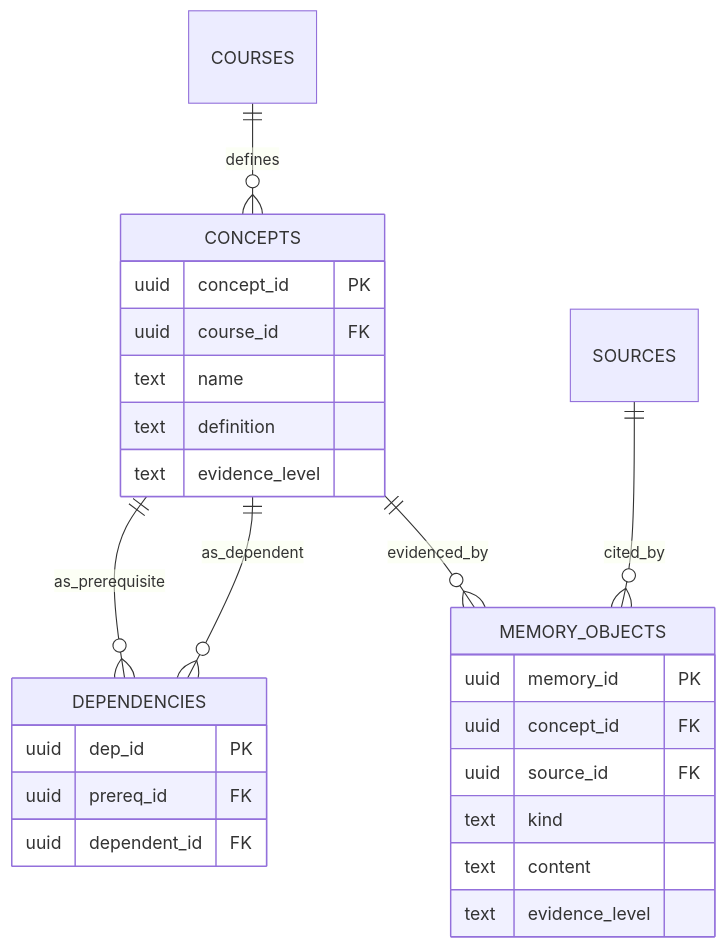
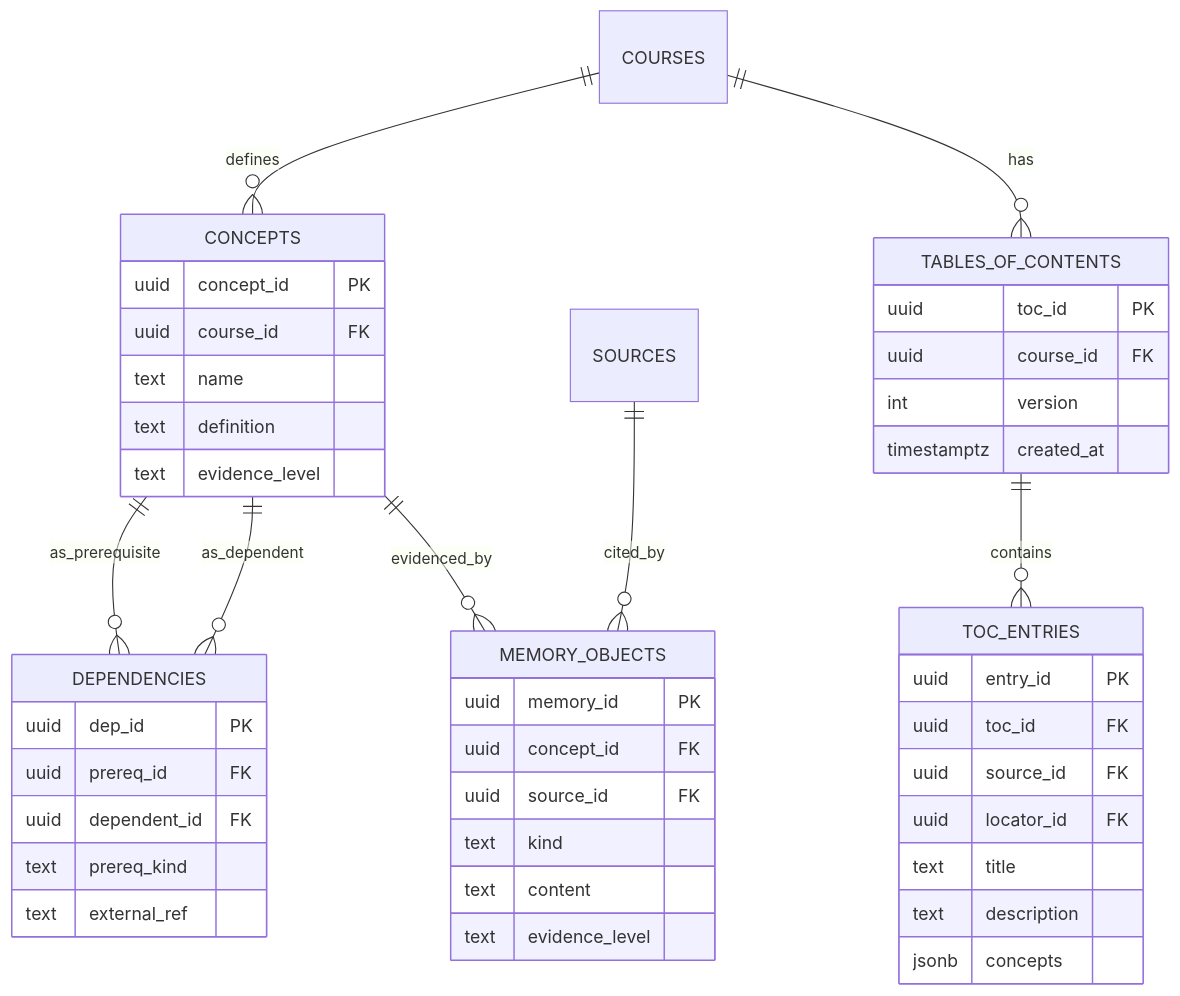
One commit to RileyK05/Stacks changed the tenth of 18 diagrams in system.md. Above: the diagram before and after it, drawn with Mermaid. The commit also changed other lines of this file and 13 other files, not shown here.

Commit message:
schema additions

````diff
--- a/system.md
+++ b/system.md
@@ -284,29 +308,48 @@
 ```mermaid
 erDiagram
     COURSES ||--o{ CONCEPTS : defines
     CONCEPTS ||--o{ DEPENDENCIES : as_prerequisite
     CONCEPTS ||--o{ DEPENDENCIES : as_dependent
     CONCEPTS ||--o{ MEMORY_OBJECTS : evidenced_by
     SOURCES ||--o{ MEMORY_OBJECTS : cited_by
+    COURSES ||--o{ TABLES_OF_CONTENTS : has
+    TABLES_OF_CONTENTS ||--o{ TOC_ENTRIES : contains
 
     CONCEPTS {
         uuid concept_id PK
         uuid course_id FK
         text name
         text definition
         text evidence_level
     }
     DEPENDENCIES {
         uuid dep_id PK
         uuid prereq_id FK
         uuid dependent_id FK
+        text prereq_kind
+        text external_ref
     }
     MEMORY_OBJECTS {
         uuid memory_id PK
         uuid concept_id FK
         uuid source_id FK
         text kind
         text content
         text evidence_level
     }
+    TABLES_OF_CONTENTS {
+        uuid toc_id PK
+        uuid course_id FK
+        int version
+        timestamptz created_at
+    }
+    TOC_ENTRIES {
+        uuid entry_id PK
+        uuid toc_id FK
+        uuid source_id FK
+        uuid locator_id FK
+        text title
+        text description
+        jsonb concepts
+    }
 ```
````
